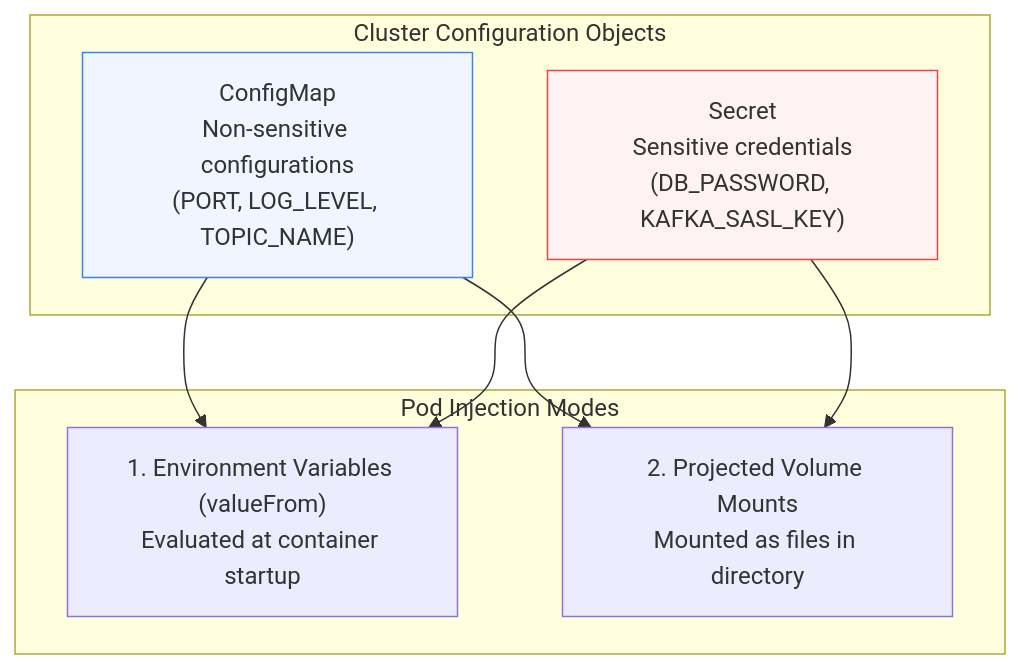
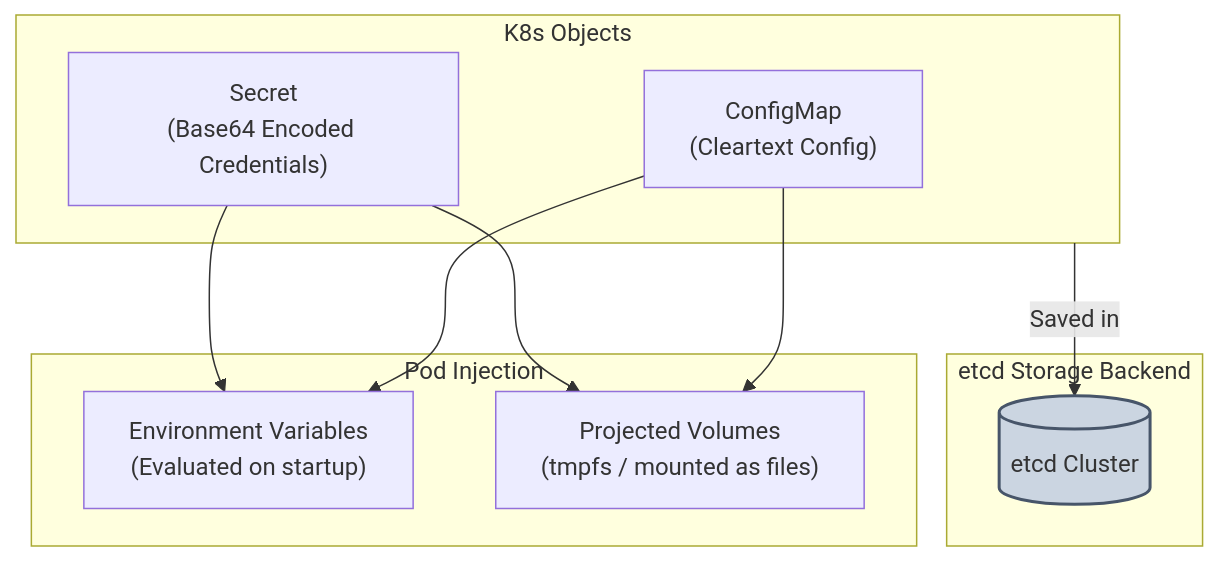
The second of 3 diagrams in 02-Kubernetes/04-Storage-Config-and-Security.md (PandeyKishan/Study-Notes), drawn with Mermaid before and after one commit. The commit also changed other lines of this file and 38 other files, not shown here.

````diff
--- a/02-Kubernetes/04-Storage-Config-and-Security.md
+++ b/02-Kubernetes/04-Storage-Config-and-Security.md
@@ -41,20 +54,24 @@
 ```mermaid
 flowchart TD
-    subgraph K8s_Configs["Cluster Configuration Objects"]
-        CM["ConfigMap\nNon-sensitive configurations\n(PORT, LOG_LEVEL, TOPIC_NAME)"]
-        Sec["Secret\nSensitive credentials\n(DB_PASSWORD, KAFKA_SASL_KEY)"]
+    subgraph Storage["etcd Storage Backend"]
+        etcd[(etcd Cluster)]
     end
 
-    subgraph Pod_Injection["Pod Injection Modes"]
-        Env["1. Environment Variables (valueFrom)\nEvaluated at container startup"]
-        Vol["2. Projected Volume Mounts\nMounted as files in directory"]
+    subgraph Configs["K8s Objects"]
+        CM["ConfigMap\n(Cleartext Config)"]
+        Sec["Secret\n(Base64 Encoded Credentials)"]
     end
 
+    subgraph Pod_Runtime["Pod Injection"]
+        Env["Environment Variables\n(Evaluated on startup)"]
+        Vol["Projected Volumes\n(tmpfs / mounted as files)"]
+    end
+
+    Configs -->|Saved in| etcd
     CM --> Env
     CM --> Vol
     Sec --> Env
     Sec --> Vol
 
-    style CM fill:#eff6ff,stroke:#3b82f6,stroke-width:1px
-    style Sec fill:#fef2f2,stroke:#ef4444,stroke-width:1px
+    style etcd fill:#cbd5e1,stroke:#475569,stroke-width:2px
 ```
````
